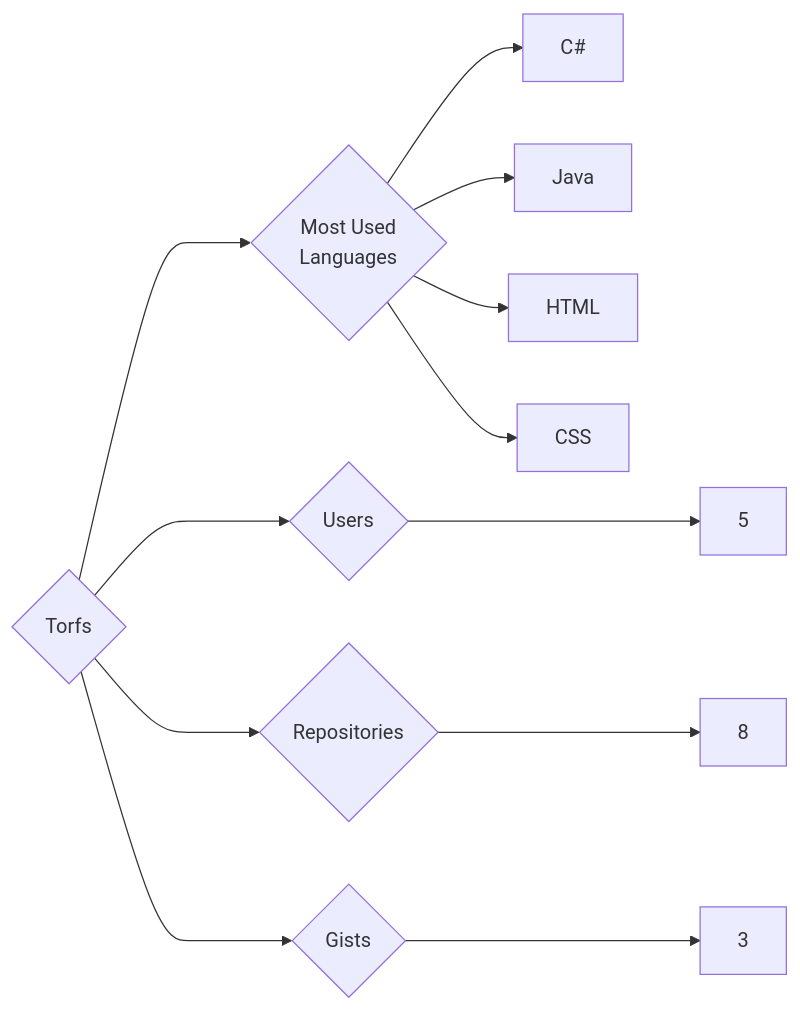
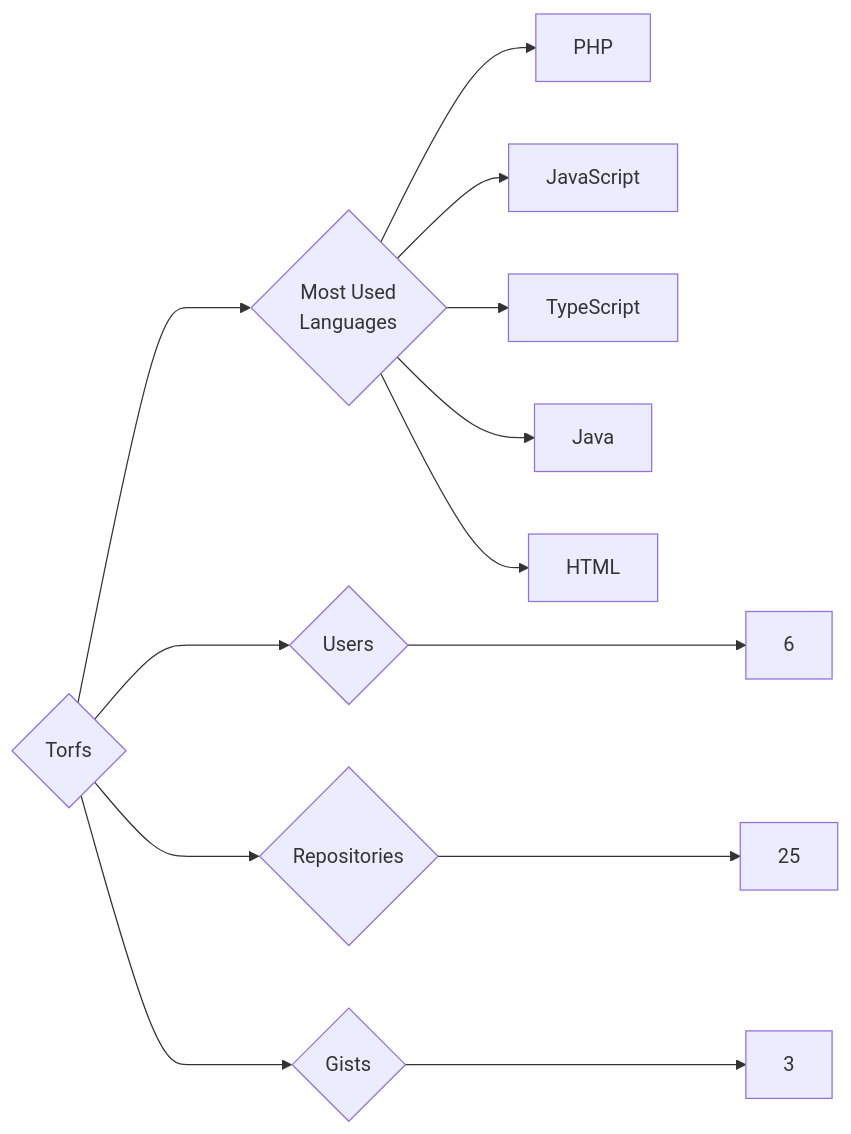
The diagram in targets/Torfs/README.md (trickest/insiders), drawn with Mermaid before and after one commit. The commit also changed 681 other files, not shown here.

````diff
--- a/targets/Torfs/README.md
+++ b/targets/Torfs/README.md
@@ -3,12 +3,13 @@
 ```mermaid
 graph LR
 COMPANY_NAME{Torfs}
-COMPANY_NAME ---> U{Users} ---> UN[5]
-COMPANY_NAME ---> R{Repositories} ---> RN[8]
+COMPANY_NAME ---> U{Users} ---> UN[6]
+COMPANY_NAME ---> R{Repositories} ---> RN[25]
 COMPANY_NAME ---> G{Gists} ---> GN[3]
 COMPANY_NAME ---> ML{Most Used<br>Languages}
-ML --> C#[C#]
+ML --> PHP[PHP]
+ML --> JavaScript[JavaScript]
+ML --> TypeScript[TypeScript]
 ML --> Java[Java]
 ML --> HTML[HTML]
-ML --> CSS[CSS]
 ```
````
